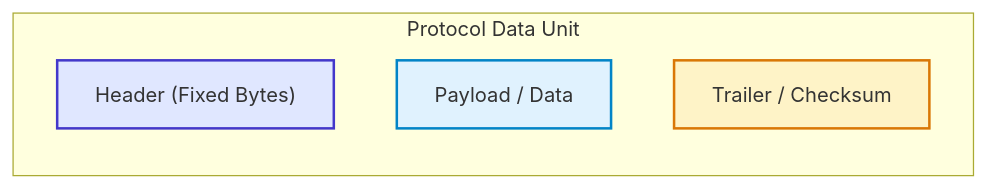
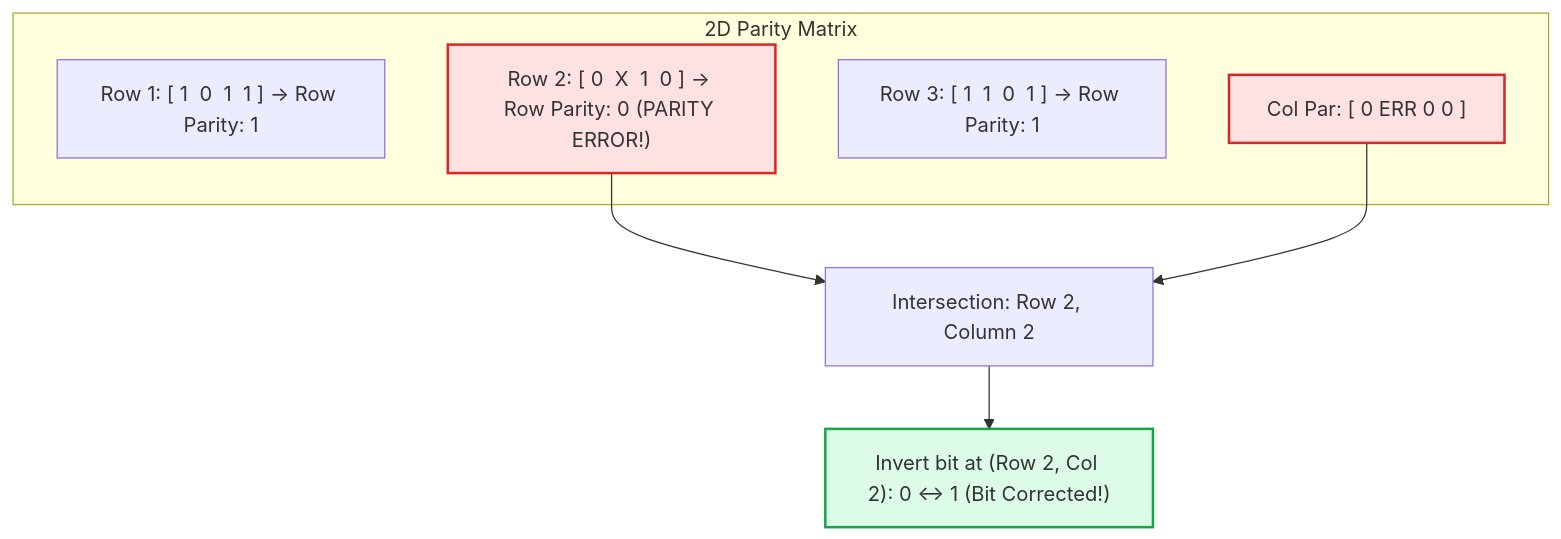
Before and after one commit to Raviranjan010/Neteworking_notes: the fifth of 12 diagrams in 05_Data_Link_Layer/diagrams.md, drawn with Mermaid. The commit also changed other lines of this file and 7 other files, not shown here.

Commit message:
add comprehensive data link layer notes, numericals, diagrams, MCQs, and cheat sheets

````diff
--- a/05_Data_Link_Layer/diagrams.md
+++ b/05_Data_Link_Layer/diagrams.md
@@ -62,15 +134,18 @@
 ```mermaid
-flowchart LR
-    subgraph PDU["Protocol Data Unit"]
-        Hdr["Header (Fixed Bytes)"]
-        Payload["Payload / Data"]
-        Trailer["Trailer / Checksum"]
+flowchart TD
+    subgraph Grid["2D Parity Matrix"]
+        R1["Row 1: [ 1  0  1  1 ] -> Row Parity: 1"]
+        R2["Row 2: [ 0  X  1  0 ] -> Row Parity: 0 (PARITY ERROR!)"]
+        R3["Row 3: [ 1  1  0  1 ] -> Row Parity: 1"]
+        Col["Col Par: [ 0  ERR 0  0 ]"]
     end
 
-    classDef hdr fill:#e0e7ff,stroke:#4338ca,stroke-width:2px;
-    classDef data fill:#e0f2fe,stroke:#0284c7,stroke-width:2px;
-    classDef trl fill:#fef3c7,stroke:#d97706,stroke-width:2px;
-    class Hdr hdr;
-    class Payload data;
-    class Trailer trl;
+    R2 --> Locate["Intersection: Row 2, Column 2"]
+    Col --> Locate
+    Locate --> Flip["Invert bit at (Row 2, Col 2): 0 <-> 1 (Bit Corrected!)"]
+
+    classDef err fill:#fee2e2,stroke:#dc2626,stroke-width:2px;
+    classDef fix fill:#dcfce7,stroke:#16a34a,stroke-width:2px;
+    class R2,Col err;
+    class Flip fix;
 ```
````
